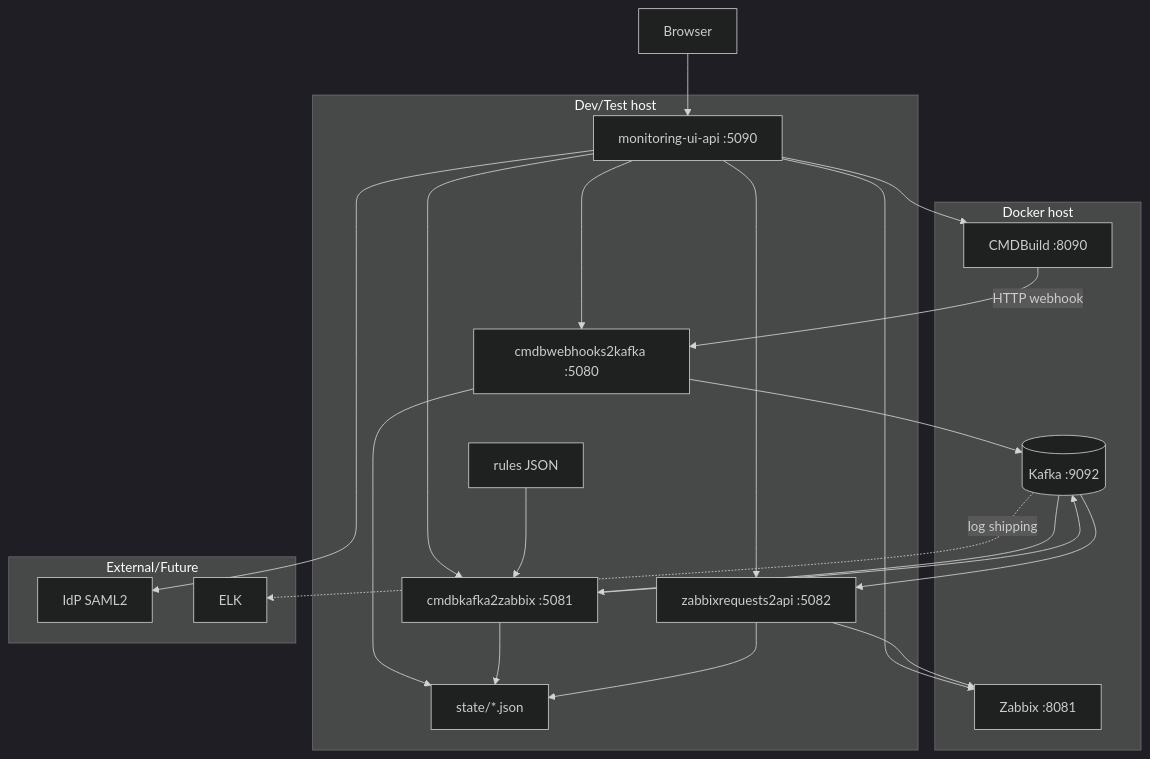
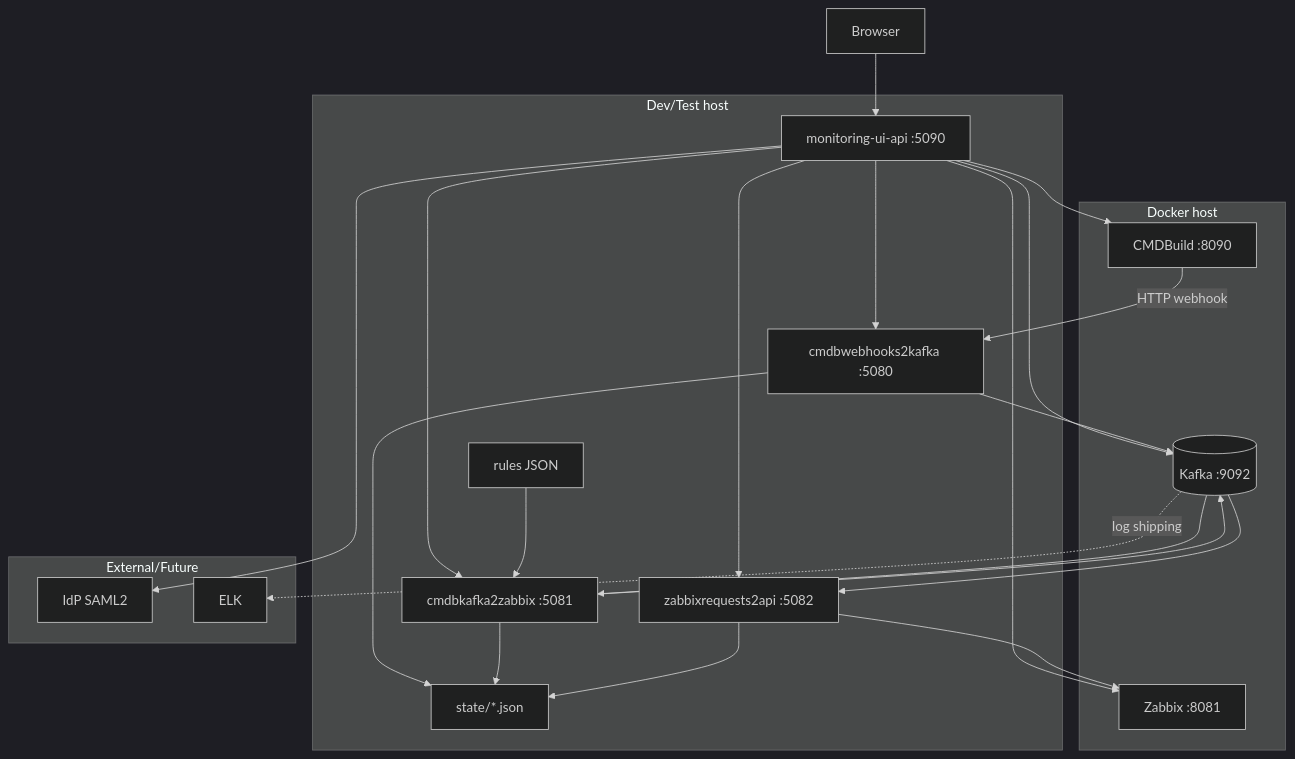
One commit to igorlyapin-max/cmdb2monitoring changed the diagram in aa/deployment-test.mmd. Above: the diagram before and after it, drawn with Mermaid (dark theme). The commit also changed 20 other files, not shown here.

```diff
--- a/aa/deployment-test.mmd
+++ b/aa/deployment-test.mmd
@@ -1,39 +1,40 @@
 flowchart TB
     subgraph devhost[Dev/Test host]
         monui[monitoring-ui-api :5090]
         wh[cmdbwebhooks2kafka :5080]
         conv[cmdbkafka2zabbix :5081]
         api[zabbixrequests2api :5082]
         rules[rules JSON]
         state[state/*.json]
     end
 
     subgraph docker[Docker host]
         kafka[(Kafka :9092)]
         cmdb[CMDBuild :8090]
         zbx[Zabbix :8081]
     end
 
     subgraph external[External/Future]
         idp[IdP SAML2]
         elk[ELK]
     end
 
     browser[Browser] --> monui
     monui --> idp
     monui --> cmdb
     monui --> zbx
+    monui --> kafka
     monui --> wh
     monui --> conv
     monui --> api
     cmdb -->|HTTP webhook| wh
     wh --> kafka
     kafka --> conv
     rules --> conv
     conv --> kafka
     kafka --> api
     api --> zbx
     wh --> state
     conv --> state
     api --> state
     kafka -. log shipping .-> elk
```
